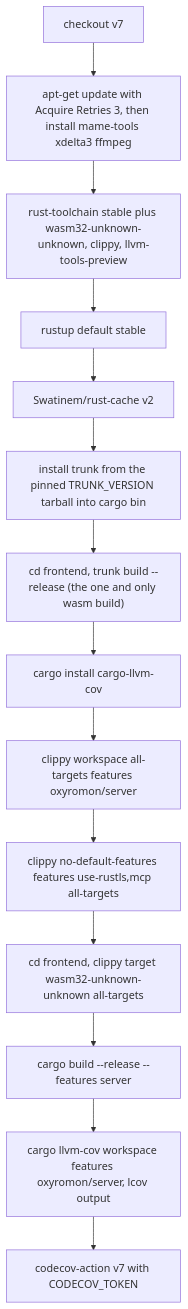
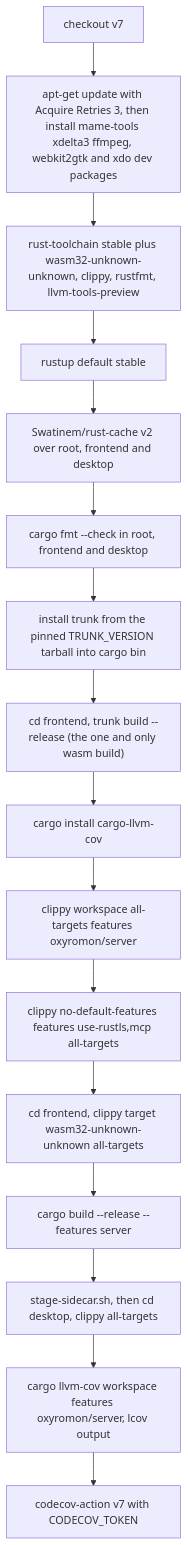
One commit to alucryd/oxyromon changed the first of 2 diagrams in openwiki/operations/ci-and-environment.md. Above: the diagram before and after it, drawn with Mermaid. The commit also changed other lines of this file and 28 other files, not shown here.

Commit message:
Refresh OpenWiki with the format check and the desktop clippy pass

````diff
--- a/openwiki/operations/ci-and-environment.md
+++ b/openwiki/operations/ci-and-environment.md
@@ -121,16 +127,18 @@
 ```mermaid
 flowchart TD
-  CO["checkout v7"] --> APT["apt-get update with Acquire Retries 3, then install mame-tools xdelta3 ffmpeg"]
-  APT --> TC["rust-toolchain stable plus wasm32-unknown-unknown, clippy, llvm-tools-preview"]
+  CO["checkout v7"] --> APT["apt-get update with Acquire Retries 3, then install mame-tools xdelta3 ffmpeg, webkit2gtk and xdo dev packages"]
+  APT --> TC["rust-toolchain stable plus wasm32-unknown-unknown, clippy, rustfmt, llvm-tools-preview"]
   TC --> DEF["rustup default stable"]
-  DEF --> CACHE["Swatinem/rust-cache v2"]
-  CACHE --> TRUNK["install trunk from the pinned TRUNK_VERSION tarball into cargo bin"]
+  DEF --> CACHE["Swatinem/rust-cache v2 over root, frontend and desktop"]
+  CACHE --> FMT["cargo fmt --check in root, frontend and desktop"]
+  FMT --> TRUNK["install trunk from the pinned TRUNK_VERSION tarball into cargo bin"]
   TRUNK --> UI["cd frontend, trunk build --release (the one and only wasm build)"]
   UI --> COV["cargo install cargo-llvm-cov"]
   COV --> L1["clippy workspace all-targets features oxyromon/server"]
   L1 --> L2["clippy no-default-features features use-rustls,mcp all-targets"]
   L2 --> L3["cd frontend, clippy target wasm32-unknown-unknown all-targets"]
   L3 --> B["cargo build --release --features server"]
-  B --> T["cargo llvm-cov workspace features oxyromon/server, lcov output"]
+  B --> L4["stage-sidecar.sh, then cd desktop, clippy all-targets"]
+  L4 --> T["cargo llvm-cov workspace features oxyromon/server, lcov output"]
   T --> U["codecov-action v7 with CODECOV_TOKEN"]
 ```
````
